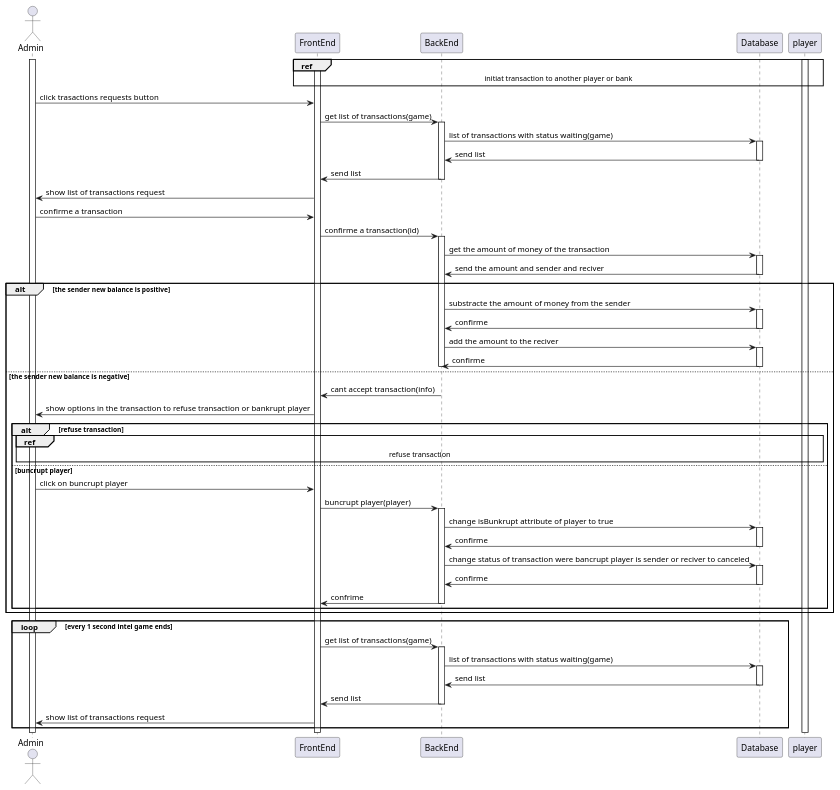
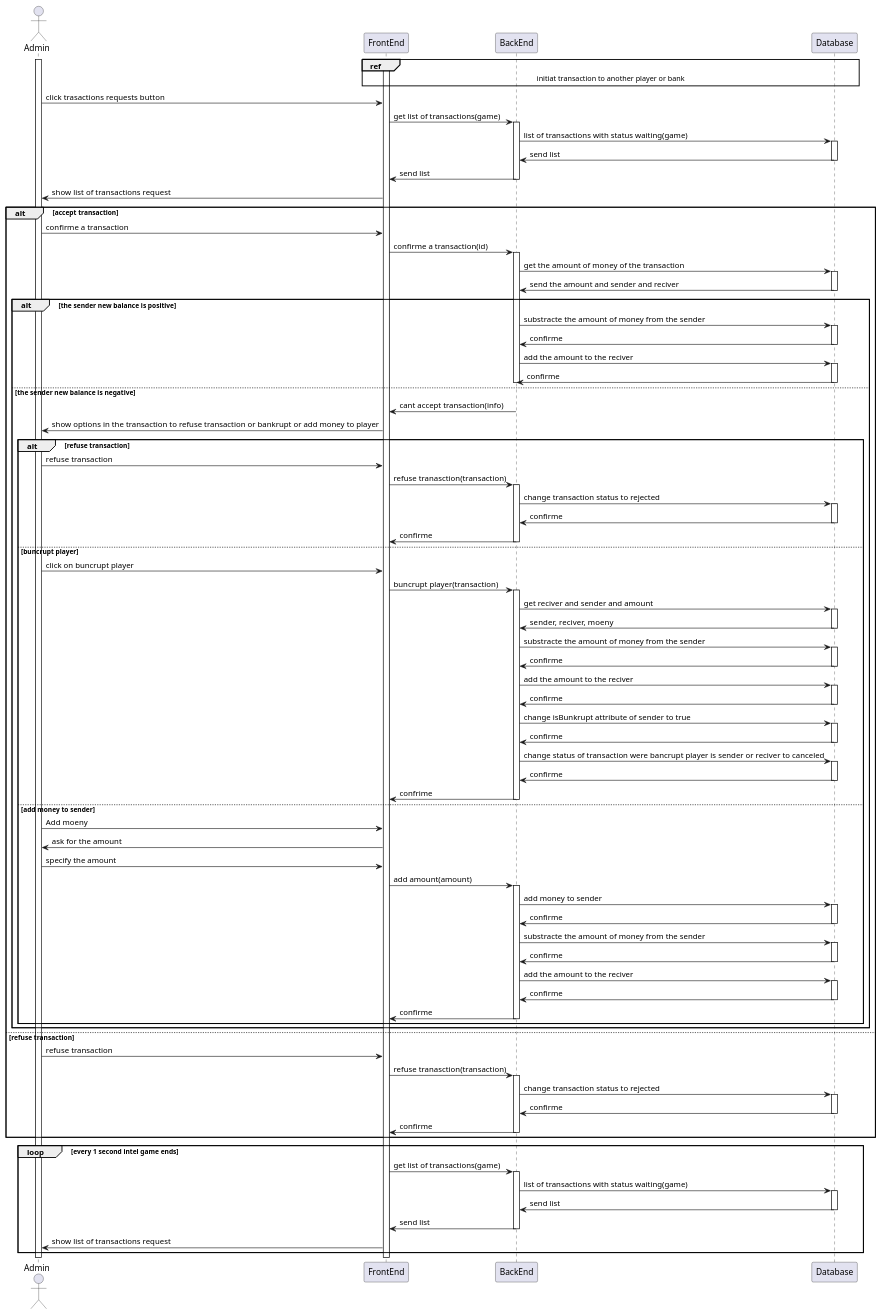
The diagram in detailedSDs/admin/accept_refuse_transaction.wsd (monoploy-game/design), drawn with PlantUML before and after one commit. The commit also changed 1 other file, not shown here.

Commit message:
fixed accept refuse sd and sds so it handels most cases, and to sync with the database digram

```diff
--- a/detailedSDs/admin/accept_refuse_transaction.wsd
+++ b/detailedSDs/admin/accept_refuse_transaction.wsd
@@ -1,99 +1,179 @@
 @startuml "accept or refuse transaction"
 
 actor Admin
 
 Activate Admin
 Activate FrontEnd
 
-ref over FrontEnd, BackEnd, Database, player: initiat transaction to another player or bank
-Activate player
+ref over FrontEnd, BackEnd, Database : initiat transaction to another player or bank
 
 Admin ->  FrontEnd : click trasactions requests button
 
 FrontEnd -> BackEnd : get list of transactions(game)
 Activate BackEnd
 
 BackEnd -> Database : list of transactions with status waiting(game)
 Activate Database
 
 Database -> BackEnd : send list
 deactivate Database
 
 BackEnd -> FrontEnd : send list
 deactivate BackEnd
 
 FrontEnd -> Admin : show list of transactions request
-Admin -> FrontEnd : confirme a transaction
 
-FrontEnd -> BackEnd : confirme a transaction(id)
-Activate BackEnd
+alt accept transaction
+    Admin -> FrontEnd : confirme a transaction
 
-BackEnd -> Database : get the amount of money of the transaction
-Activate Database
+    FrontEnd -> BackEnd : confirme a transaction(id)
+    Activate BackEnd
 
-Database -> BackEnd : send the amount and sender and reciver
-deactivate Database
-
-alt  the sender new balance is positive
-    BackEnd -> Database : substracte the amount of money from the sender
+    BackEnd -> Database : get the amount of money of the transaction
     Activate Database
 
-    Database -> BackEnd : confirme
+    Database -> BackEnd : send the amount and sender and reciver
     deactivate Database
 
-    BackEnd -> Database : add the amount to the reciver
-    Activate Database
-
-    Database -> BackEnd : confirme
-    deactivate Database
-
-    deactivate BackEnd
-else the sender new balance is negative
-
-    BackEnd -> FrontEnd : cant accept transaction(info)
-    deactivate BackEnd
-
-    FrontEnd -> Admin : show options in the transaction to refuse transaction or bankrupt player
-
-    alt refuse transaction
-        ref over Admin, FrontEnd, BackEnd, Database, player: refuse transaction
-    else buncrupt player
-        Admin -> FrontEnd : click on buncrupt player
-        FrontEnd -> BackEnd : buncrupt player(player)
-        Activate BackEnd
-
-        BackEnd -> Database : change isBunkrupt attribute of player to true
+    alt  the sender new balance is positive
+        BackEnd -> Database : substracte the amount of money from the sender
         Activate Database
 
         Database -> BackEnd : confirme
         deactivate Database
 
-        BackEnd -> Database : change status of transaction were bancrupt player is sender or reciver to canceled
+        BackEnd -> Database : add the amount to the reciver
         Activate Database
 
         Database -> BackEnd : confirme
         deactivate Database
 
-        BackEnd -> FrontEnd : confrime
         deactivate BackEnd
+    else the sender new balance is negative
+
+        BackEnd -> FrontEnd : cant accept transaction(info)
+        deactivate BackEnd
+
+        FrontEnd -> Admin : show options in the transaction to refuse transaction or bankrupt or add money to player
+
+        alt refuse transaction
+
+            Admin -> FrontEnd : refuse transaction
+            FrontEnd -> BackEnd : refuse tranasction(transaction)
+            activate BackEnd
+
+            BackEnd -> Database : change transaction status to rejected
+            activate Database
+
+            Database -> BackEnd : confirme
+            deactivate Database
+
+            BackEnd -> FrontEnd : confirme
+            deactivate BackEnd
+
+
+        else buncrupt player
+
+            Admin -> FrontEnd : click on buncrupt player
+            FrontEnd -> BackEnd : buncrupt player(transaction)
+            Activate BackEnd
+
+            BackEnd -> Database : get reciver and sender and amount
+            Activate Database
+
+            Database -> BackEnd : sender, reciver, moeny
+            deactivate Database
+
+            BackEnd -> Database : substracte the amount of money from the sender
+            Activate Database
+
+            Database -> BackEnd : confirme
+            deactivate Database
+
+            BackEnd -> Database : add the amount to the reciver
+            Activate Database
+
+            Database -> BackEnd : confirme
+            deactivate Database
+
+            BackEnd -> Database : change isBunkrupt attribute of sender to true
+            Activate Database
+
+            Database -> BackEnd : confirme
+            deactivate Database
+
+            BackEnd -> Database : change status of transaction were bancrupt player is sender or reciver to canceled
+            Activate Database
+
+            Database -> BackEnd : confirme
+            deactivate Database
+
+            BackEnd -> FrontEnd : confrime
+            deactivate BackEnd
+
+        else add money to sender
+
+            Admin -> FrontEnd : Add moeny
+            FrontEnd -> Admin : ask for the amount
+            Admin -> FrontEnd : specify the amount
+            FrontEnd -> BackEnd : add amount(amount)
+            Activate BackEnd
+
+            BackEnd -> Database : add money to sender
+            Activate Database
+
+            Database -> BackEnd : confirme
+            deactivate Database
+
+            BackEnd -> Database : substracte the amount of money from the sender
+            Activate Database
+
+            Database -> BackEnd : confirme
+            deactivate Database
+
+            BackEnd -> Database : add the amount to the reciver
+            Activate Database
+
+            Database -> BackEnd : confirme
+            deactivate Database
+
+            BackEnd -> FrontEnd : confirme
+            deactivate BackEnd
+            end
+
     end
+
+else refuse transaction
+
+    Admin -> FrontEnd : refuse transaction
+    FrontEnd -> BackEnd : refuse tranasction(transaction)
+    activate BackEnd
+
+    BackEnd -> Database : change transaction status to rejected
+    activate Database
+
+    Database -> BackEnd : confirme
+    deactivate Database
+
+    BackEnd -> FrontEnd : confirme
+    deactivate BackEnd
 
 end
 
 loop every 1 second intel game ends
     FrontEnd -> BackEnd : get list of transactions(game)
     Activate BackEnd
 
     BackEnd -> Database : list of transactions with status waiting(game)
     Activate Database
 
     Database -> BackEnd : send list
     deactivate Database
 
     BackEnd -> FrontEnd : send list
     deactivate BackEnd
 
     FrontEnd -> Admin : show list of transactions request
  end
 
 @enduml
```
